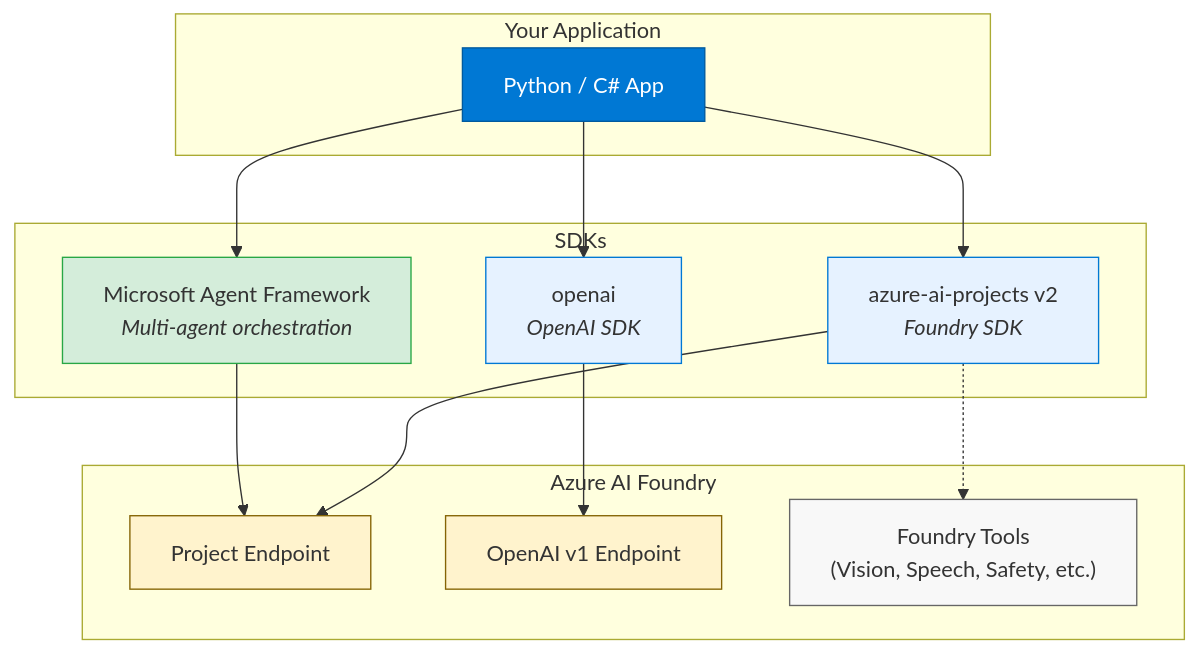
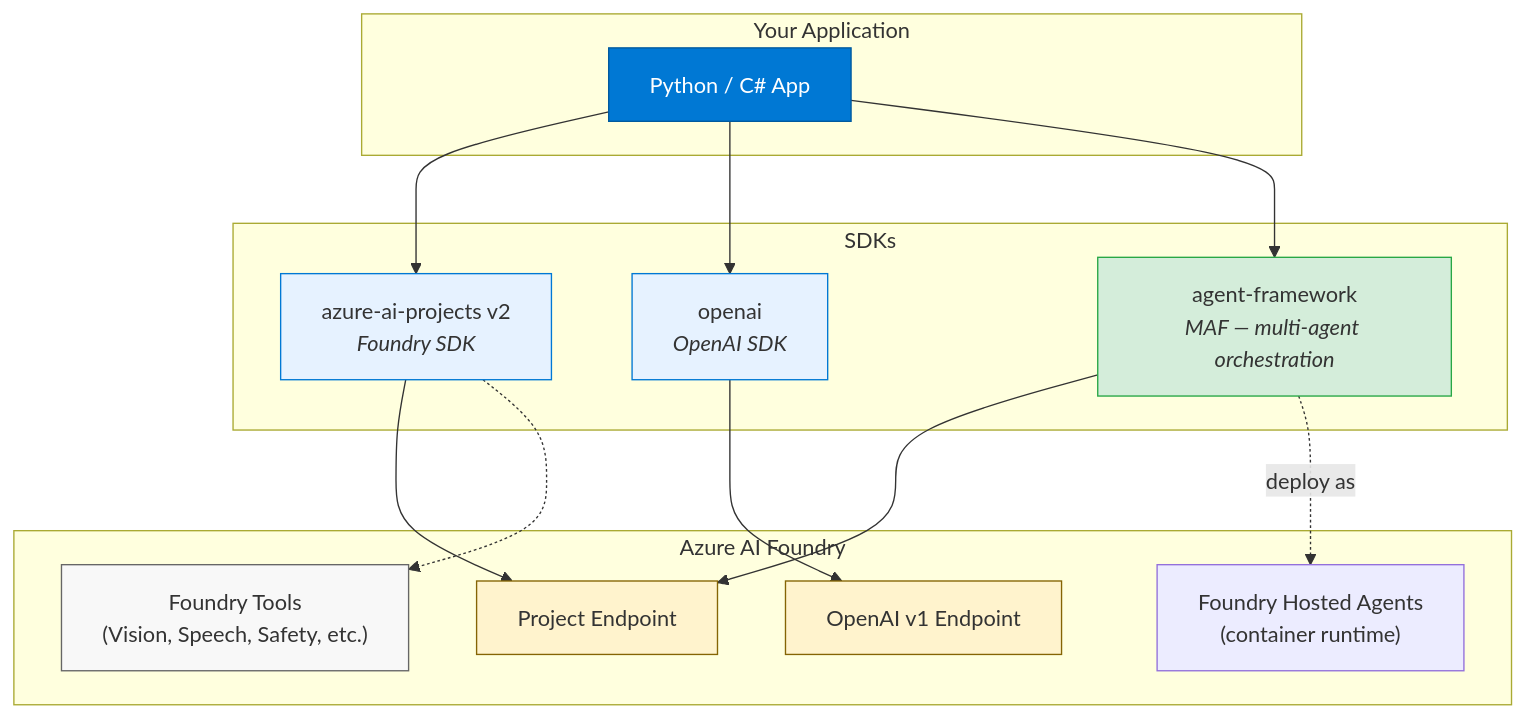
Before and after one commit to Arturo-Quiroga-MSFT/microsoft-agents-platform-guide: the third of 3 diagrams in README.md, drawn with Mermaid. The commit also changed other lines of this file and 3 other files, not shown here.

First line of the commit message:
docs: add Microsoft Agent Framework (MAF) coverage

````diff
--- a/README.md
+++ b/README.md
@@ -93,35 +96,37 @@
 ```mermaid
 graph TB
     subgraph "Your Application"
         APP["Python / C# App"]
     end
 
     subgraph "SDKs"
         AIP["azure-ai-projects v2<br/><i>Foundry SDK</i>"]
         OAI["openai<br/><i>OpenAI SDK</i>"]
-        MAF["Microsoft Agent Framework<br/><i>Multi-agent orchestration</i>"]
+        MAF["agent-framework<br/><i>MAF — multi-agent orchestration</i>"]
     end
 
     subgraph "Azure AI Foundry"
         PROJ["Project Endpoint"]
         OAIEP["OpenAI v1 Endpoint"]
         TOOLS["Foundry Tools<br/>(Vision, Speech, Safety, etc.)"]
+        HOST["Foundry Hosted Agents<br/>(container runtime)"]
     end
 
     APP --> AIP
     APP --> OAI
     APP --> MAF
 
     AIP --> PROJ
     OAI --> OAIEP
     MAF --> PROJ
+    MAF -. "deploy as" .-> HOST
     AIP -.-> TOOLS
 
     style APP fill:#0078D4,color:#fff,stroke:#005A9E
     style AIP fill:#E6F2FF,stroke:#0078D4
     style OAI fill:#E6F2FF,stroke:#0078D4
     style MAF fill:#D4EDDA,stroke:#28A745
     style PROJ fill:#FFF3CD,stroke:#856404
     style OAIEP fill:#FFF3CD,stroke:#856404
     style TOOLS fill:#f8f8f8,stroke:#666
 ```
````
